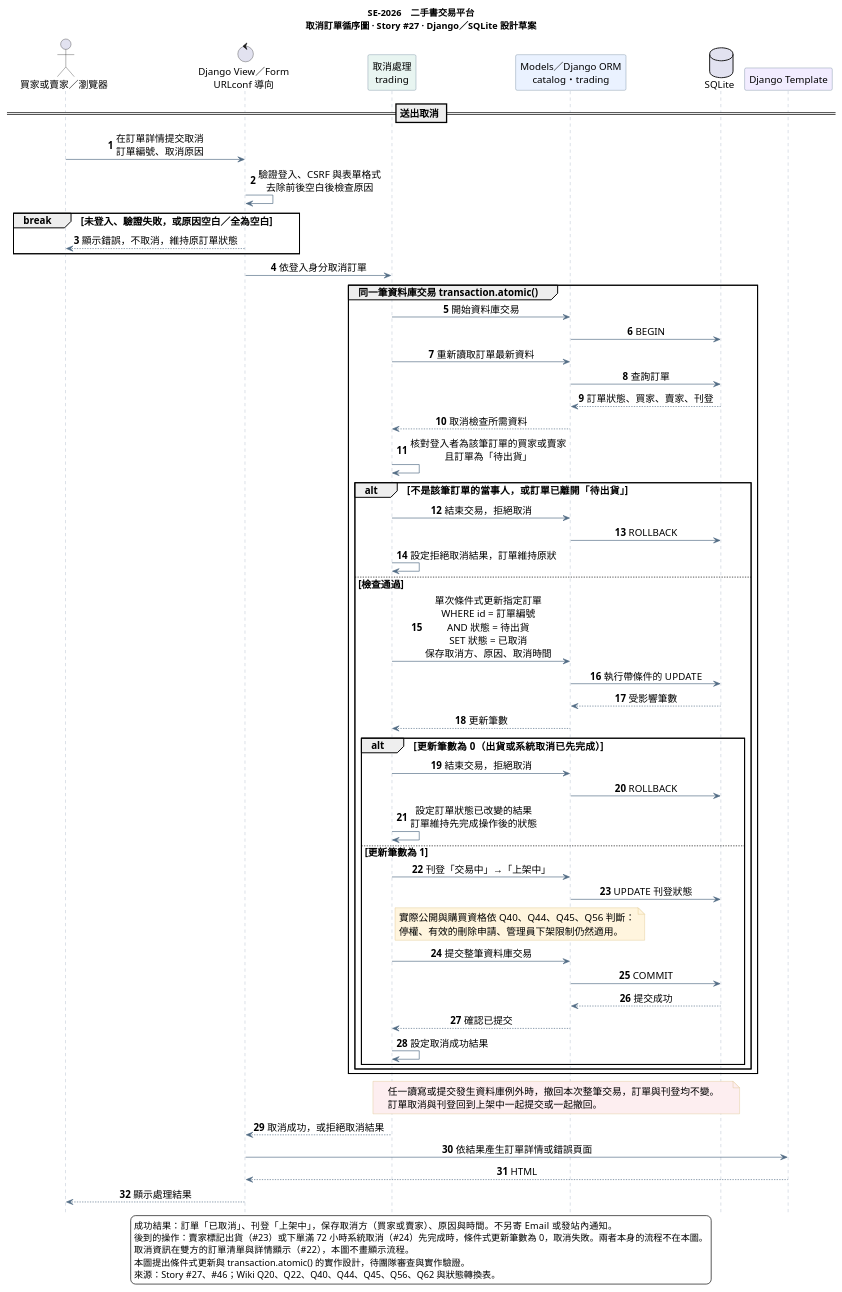
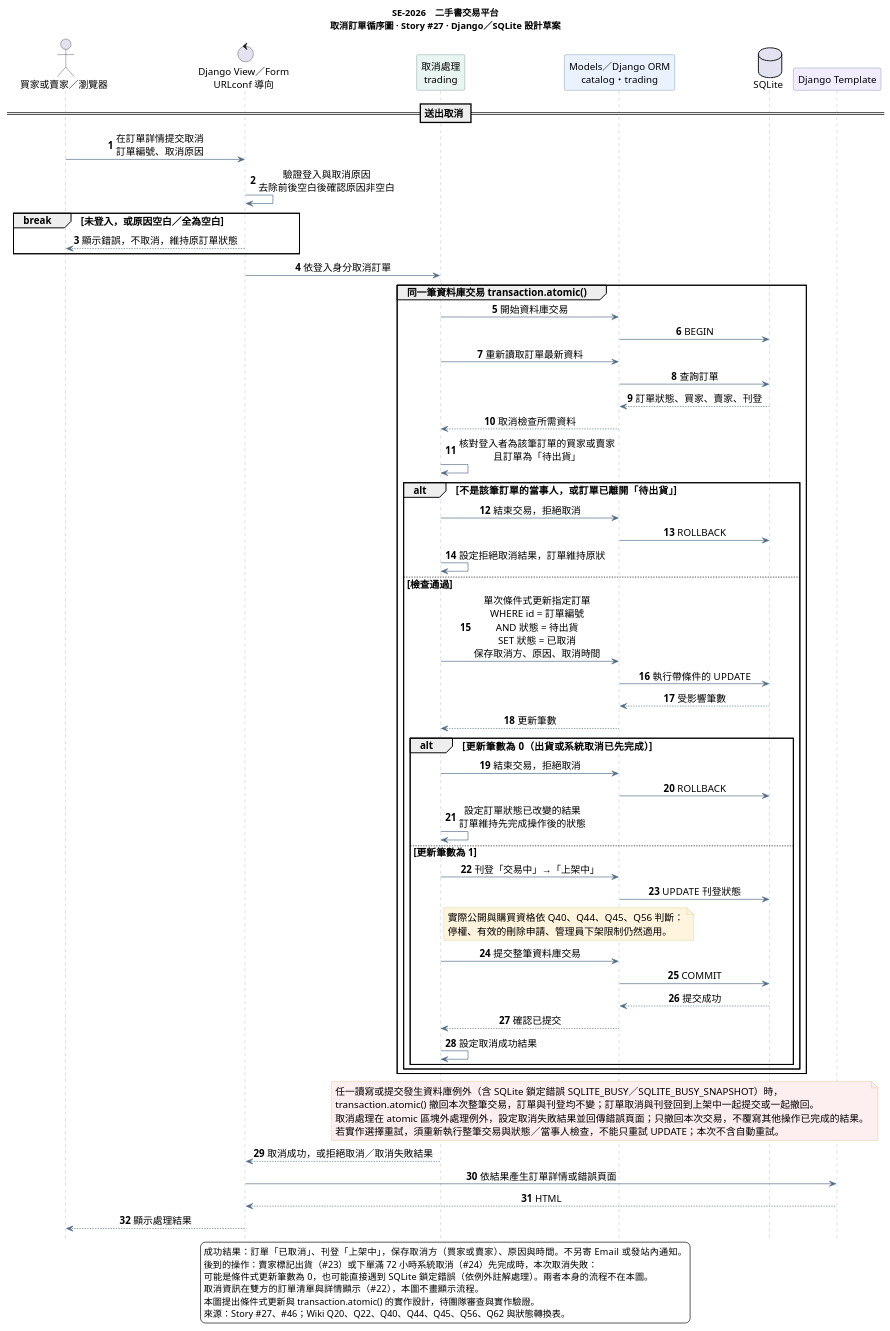
The diagram in docs/uml/behavioral/sequence/cancel/08-取消訂單循序圖.puml (cm4578/SE-2026), drawn with PlantUML before and after one commit. The commit also changed 2 other files, not shown here.

Commit message:
docs: 依審查修正取消訂單循序圖
- 步驟 2 移除 CSRF 字樣，改為驗證登入與取消原因
- 例外註解補上 SQLite 鎖定錯誤的處理，圖例改為取消失敗可能是更新 0 筆或鎖定錯誤

Refs #46

```diff
--- a/docs/uml/behavioral/sequence/cancel/08-取消訂單循序圖.puml
+++ b/docs/uml/behavioral/sequence/cancel/08-取消訂單循序圖.puml
@@ -1,92 +1,95 @@
 @startuml
 ' 2026-11-11
 ' Wiki revision: cea9aefdf247603043b2e9a96ca2fe4e574c8724
 ' 匯出系統：Windows 11，字型 Microsoft JhengHei
 title SE-2026　二手書交易平台\n取消訂單循序圖 · Story #27 · Django／SQLite 設計草案
 skinparam backgroundColor #FFFFFF
 skinparam defaultFontName "Microsoft JhengHei"
 skinparam defaultFontSize 15
 skinparam shadowing false
 skinparam sequenceMessageAlign center
 skinparam sequenceArrowColor #516B84
 skinparam sequenceLifeLineBorderColor #94A3B8
 skinparam participantBorderColor #56708A
 skinparam participantBackgroundColor #EAF2FF
 skinparam noteBackgroundColor #FFF5DE
 skinparam noteBorderColor #D6B875
 skinparam maxMessageSize 260
 hide footbox
 autonumber
 
 actor "買家或賣家／瀏覽器" as User
 control "Django View／Form\nURLconf 導向" as View
 participant "取消處理\ntrading" as Trading #E8F5F1
 participant "Models／Django ORM\ncatalog・trading" as ORM
 database "SQLite" as DB
 participant "Django Template" as Template #F2ECFF
 
 == 送出取消 ==
 User -> View : 在訂單詳情提交取消\n訂單編號、取消原因
-View -> View : 驗證登入、CSRF 與表單格式\n去除前後空白後檢查原因
-break 未登入、驗證失敗，或原因空白／全為空白
+View -> View : 驗證登入與取消原因\n去除前後空白後確認原因非空白
+break 未登入，或原因空白／全為空白
   View --> User : 顯示錯誤，不取消，維持原訂單狀態
 end
 View -> Trading : 依登入身分取消訂單
 
 group 同一筆資料庫交易 transaction.atomic()
   Trading -> ORM : 開始資料庫交易
   ORM -> DB : BEGIN
   Trading -> ORM : 重新讀取訂單最新資料
   ORM -> DB : 查詢訂單
   DB --> ORM : 訂單狀態、買家、賣家、刊登
   ORM --> Trading : 取消檢查所需資料
   Trading -> Trading : 核對登入者為該筆訂單的買家或賣家\n且訂單為「待出貨」
 
   alt 不是該筆訂單的當事人，或訂單已離開「待出貨」
     Trading -> ORM : 結束交易，拒絕取消
     ORM -> DB : ROLLBACK
     Trading -> Trading : 設定拒絕取消結果，訂單維持原狀
   else 檢查通過
     Trading -> ORM : 單次條件式更新指定訂單\nWHERE id = 訂單編號\nAND 狀態 = 待出貨\nSET 狀態 = 已取消\n保存取消方、原因、取消時間
     ORM -> DB : 執行帶條件的 UPDATE
     DB --> ORM : 受影響筆數
     ORM --> Trading : 更新筆數
 
     alt 更新筆數為 0（出貨或系統取消已先完成）
       Trading -> ORM : 結束交易，拒絕取消
       ORM -> DB : ROLLBACK
       Trading -> Trading : 設定訂單狀態已改變的結果\n訂單維持先完成操作後的狀態
     else 更新筆數為 1
       Trading -> ORM : 刊登「交易中」→「上架中」
       ORM -> DB : UPDATE 刊登狀態
       note right of Trading
         實際公開與購買資格依 Q40、Q44、Q45、Q56 判斷：
         停權、有效的刪除申請、管理員下架限制仍然適用。
       end note
       Trading -> ORM : 提交整筆資料庫交易
       ORM -> DB : COMMIT
       DB --> ORM : 提交成功
       ORM --> Trading : 確認已提交
       Trading -> Trading : 設定取消成功結果
     end
   end
 end
 
 note over Trading, DB #FDEEF0
-  任一讀寫或提交發生資料庫例外時，撤回本次整筆交易，訂單與刊登均不變。
-  訂單取消與刊登回到上架中一起提交或一起撤回。
+  任一讀寫或提交發生資料庫例外（含 SQLite 鎖定錯誤 SQLITE_BUSY／SQLITE_BUSY_SNAPSHOT）時，
+  transaction.atomic() 撤回本次整筆交易，訂單與刊登均不變；訂單取消與刊登回到上架中一起提交或一起撤回。
+  取消處理在 atomic 區塊外處理例外，設定取消失敗結果並回傳錯誤頁面；只撤回本次交易，不覆寫其他操作已完成的結果。
+  若實作選擇重試，須重新執行整筆交易與狀態／當事人檢查，不能只重試 UPDATE；本次不含自動重試。
 end note
 
-Trading --> View : 取消成功，或拒絕取消結果
+Trading --> View : 取消成功，或拒絕取消／取消失敗結果
 View -> Template : 依結果產生訂單詳情或錯誤頁面
 Template --> View : HTML
 View --> User : 顯示處理結果
 
 legend bottom
   成功結果：訂單「已取消」、刊登「上架中」，保存取消方（買家或賣家）、原因與時間。不另寄 Email 或發站內通知。
-  後到的操作：賣家標記出貨（#23）或下單滿 72 小時系統取消（#24）先完成時，條件式更新筆數為 0，取消失敗。兩者本身的流程不在本圖。
+  後到的操作：賣家標記出貨（#23）或下單滿 72 小時系統取消（#24）先完成時，本次取消失敗：
+  可能是條件式更新筆數為 0，也可能直接遇到 SQLite 鎖定錯誤（依例外註解處理）。兩者本身的流程不在本圖。
   取消資訊在雙方的訂單清單與詳情顯示（#22），本圖不畫顯示流程。
   本圖提出條件式更新與 transaction.atomic() 的實作設計，待團隊審查與實作驗證。
   來源：Story #27、#46；Wiki Q20、Q22、Q40、Q44、Q45、Q56、Q62 與狀態轉換表。
 endlegend
 @enduml
```
